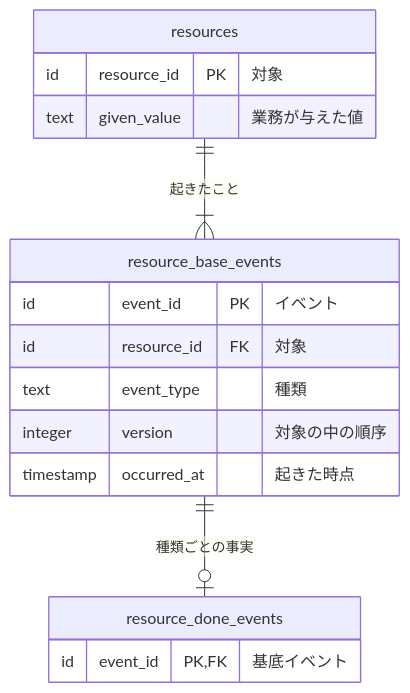
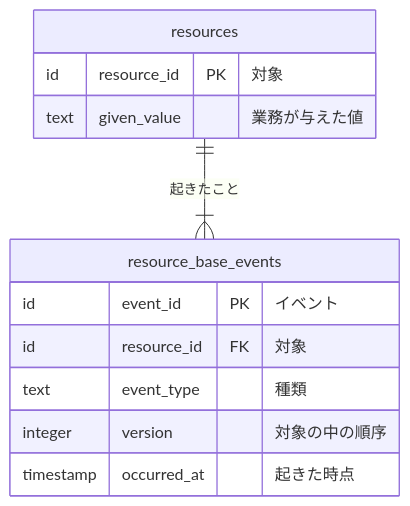
One commit to nakamori-naoya/write-doc-plugins changed the diagram in plugins/write-doc/skills/write-doc/assets/templates/command-data-model.md. Above: the diagram before and after it, drawn with Mermaid. The commit also changed other lines of this file and 1 other file, not shown here.

Commit message:
Avoid empty event detail tables in model documents

````diff
--- a/plugins/write-doc/skills/write-doc/assets/templates/command-data-model.md
+++ b/plugins/write-doc/skills/write-doc/assets/templates/command-data-model.md
@@ -44,19 +43,15 @@
 ```mermaid
 erDiagram
     resources {
         id resource_id PK "対象"
         text given_value "業務が与えた値"
     }
     resource_base_events {
         id event_id PK "イベント"
         id resource_id FK "対象"
         text event_type "種類"
         integer version "対象の中の順序"
         timestamp occurred_at "起きた時点"
     }
-    resource_done_events {
-        id event_id PK, FK "基底イベント"
-    }
     resources ||--|{ resource_base_events : "起きたこと"
-    resource_base_events ||--o| resource_done_events : "種類ごとの事実"
 ```
````
